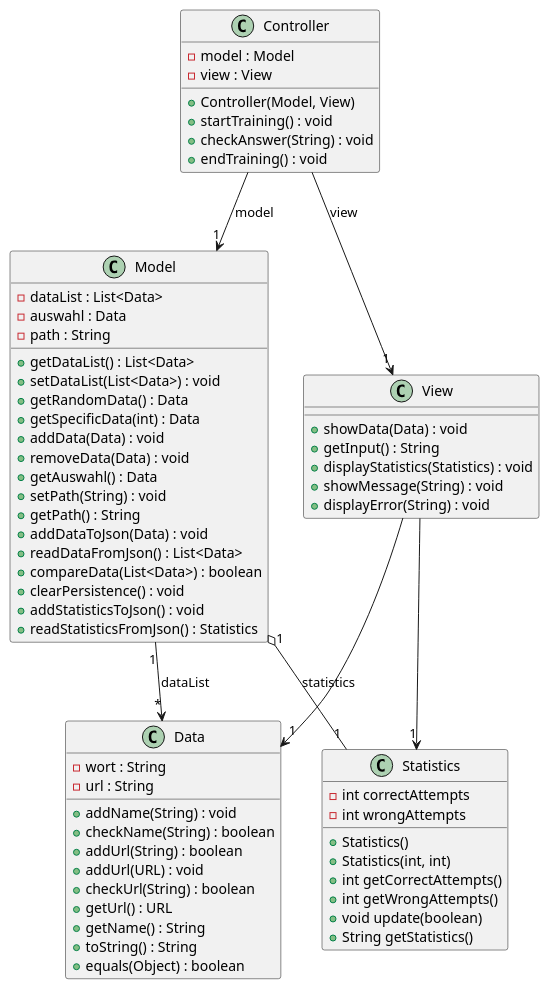
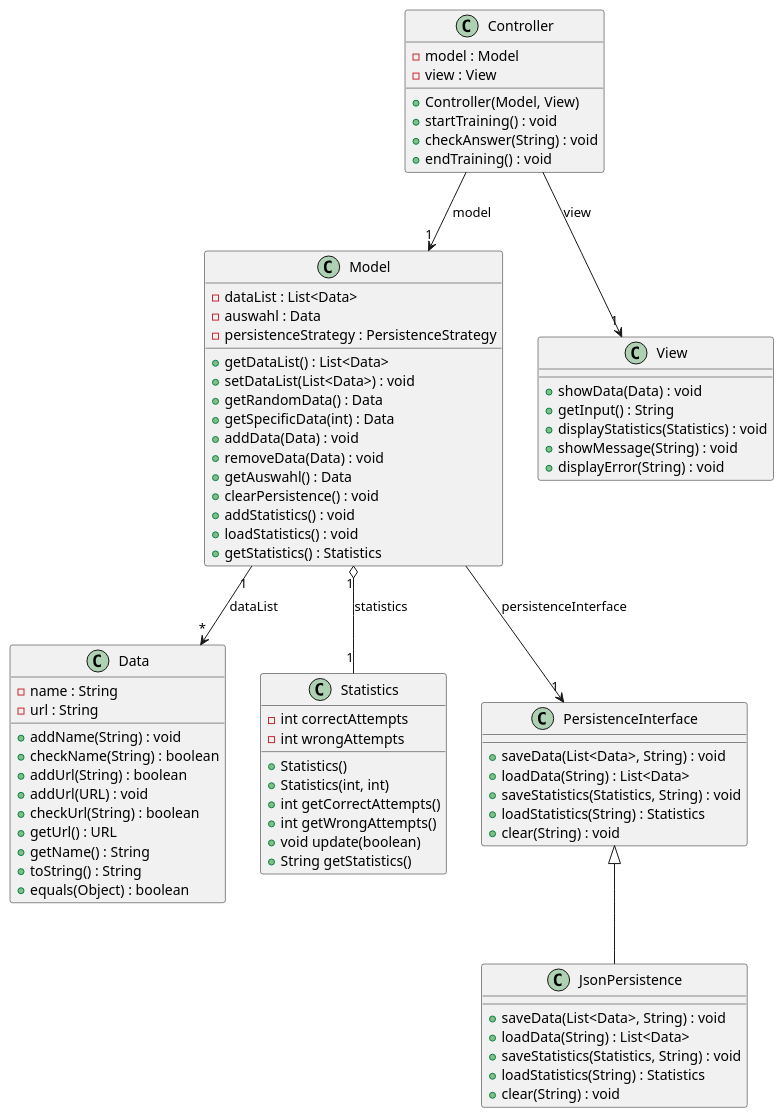
One commit to TGM-HIT/sew9-2425-worttrainer-kbau3r changed the diagram in worttrainer-reloaded.puml. Above: the diagram before and after it, drawn with PlantUML.

Commit message:
Persistence/Strategy Pattern UML

```diff
--- a/worttrainer-reloaded.puml
+++ b/worttrainer-reloaded.puml
@@ -1,74 +1,86 @@
 @startuml
 'title: Worttrainer Reloaded - kbauer'
 
 class Model {
   -dataList : List<Data>
   -auswahl : Data
-  -path : String
+  -persistenceStrategy : PersistenceStrategy
   +getDataList() : List<Data>
   +setDataList(List<Data>) : void
   +getRandomData() : Data
   +getSpecificData(int) : Data
   +addData(Data) : void
   +removeData(Data) : void
   +getAuswahl() : Data
-  +setPath(String) : void
-  +getPath() : String
-  +addDataToJson(Data) : void
-  +readDataFromJson() : List<Data>
-  +compareData(List<Data>) : boolean
   +clearPersistence() : void
-  +addStatisticsToJson() : void
-  +readStatisticsFromJson() : Statistics
+  +addStatistics() : void
+  +loadStatistics() : void
+  +getStatistics() : Statistics
 }
 
 class Data {
-  -wort : String
+  -name : String
   -url : String
   +addName(String) : void
   +checkName(String) : boolean
   +addUrl(String) : boolean
   +addUrl(URL) : void
   +checkUrl(String) : boolean
   +getUrl() : URL
   +getName() : String
   +toString() : String
   +equals(Object) : boolean
 }
 
 class Statistics {
   - int correctAttempts
   - int wrongAttempts
   + Statistics()
   + Statistics(int, int)
   + int getCorrectAttempts()
   + int getWrongAttempts()
   + void update(boolean)
   + String getStatistics()
 }
 
 class View {
   + showData(Data) : void
   + getInput() : String
   + displayStatistics(Statistics) : void
   + showMessage(String) : void
   + displayError(String) : void
 }
 
 class Controller {
   -model : Model
   -view : View
   +Controller(Model, View)
   +startTraining() : void
   +checkAnswer(String) : void
   +endTraining() : void
 }
 
+class PersistenceInterface {
+  + saveData(List<Data>, String) : void
+  + loadData(String) : List<Data>
+  + saveStatistics(Statistics, String) : void
+  + loadStatistics(String) : Statistics
+  + clear(String) : void
+}
+
+class JsonPersistence {
+  + saveData(List<Data>, String) : void
+  + loadData(String) : List<Data>
+  + saveStatistics(Statistics, String) : void
+  + loadStatistics(String) : Statistics
+  + clear(String) : void
+}
+
 Controller --> "1" Model : model
 Controller --> "1" View : view
 Model "1" --> "*" Data : dataList
 Model "1" o-- "1" Statistics : statistics
-View --> "1" Data
-View --> "1" Statistics
+Model --> "1" PersistenceInterface : persistenceInterface
+PersistenceInterface <|-- JsonPersistence
 
 @enduml
```
